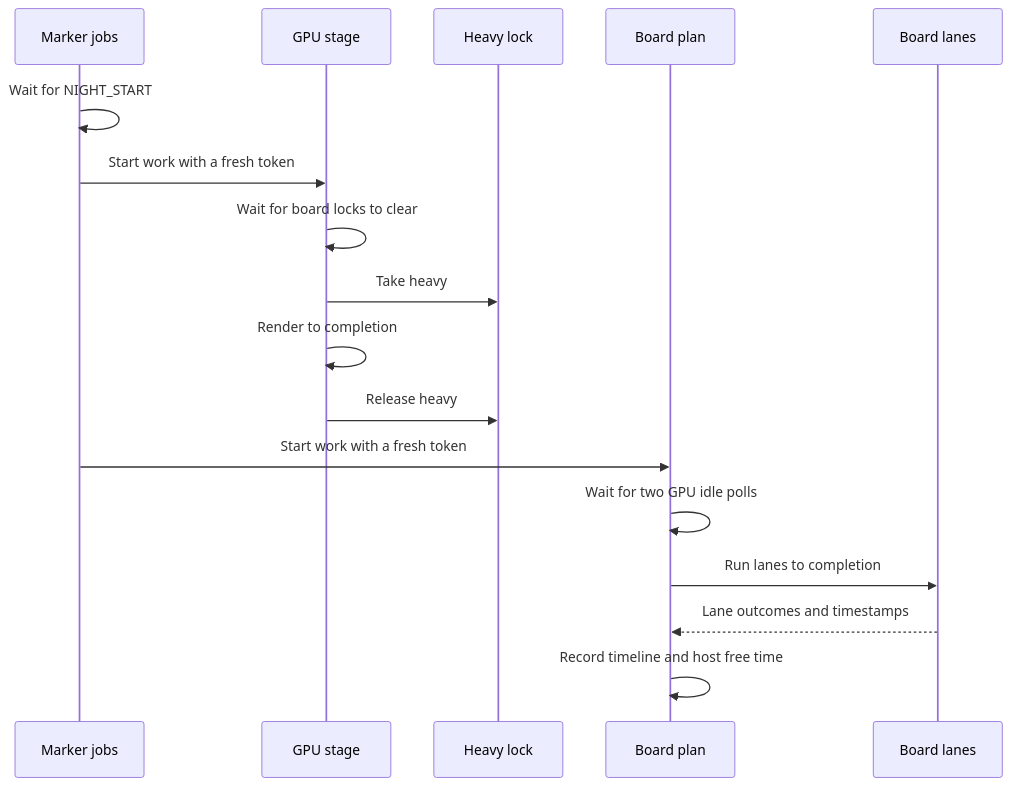
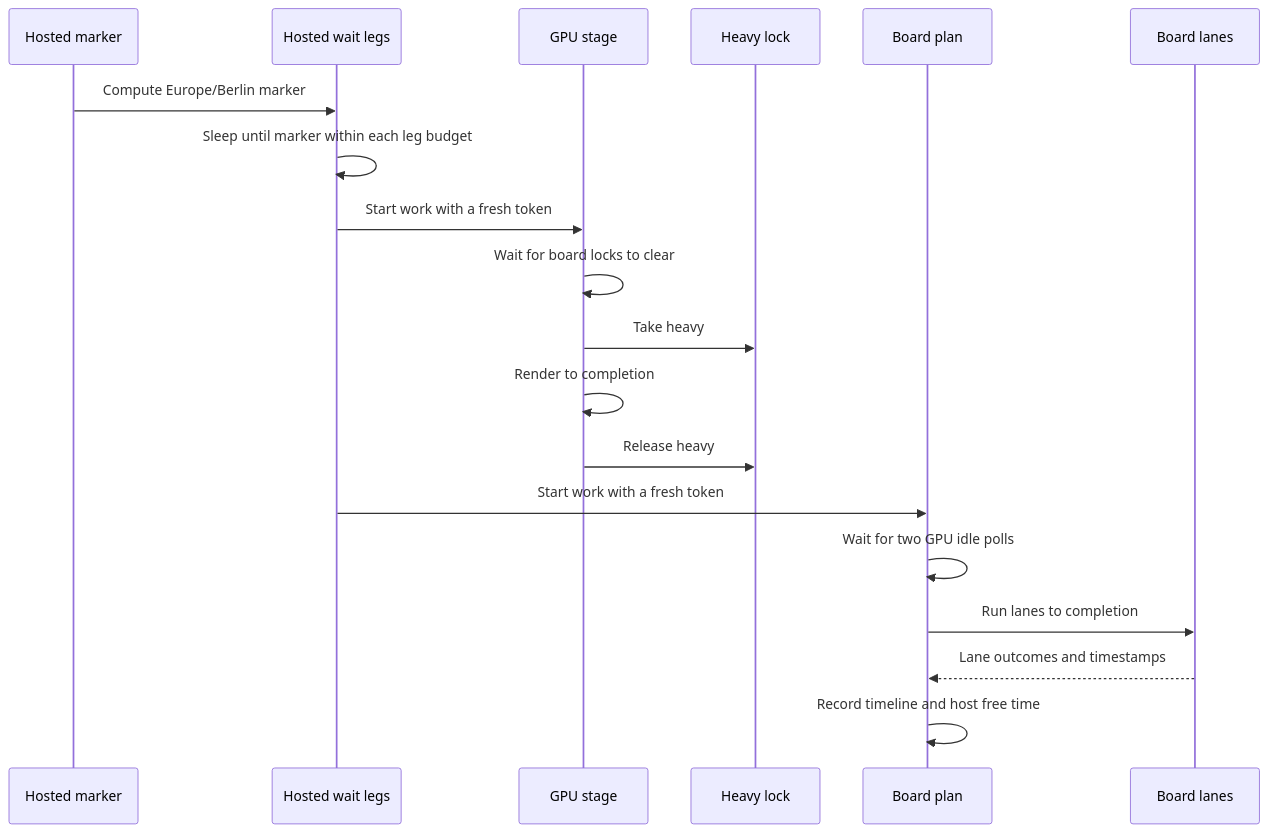
One commit to jose-villegas/autana changed the third of 3 diagrams in launcher/tools/perf/README.md. Above: the diagram before and after it, drawn with Mermaid. The commit also changed other lines of this file and 9 other files, not shown here.

Commit message:
ci: wait for the marker on hosted runners in one zone

````diff
--- a/launcher/tools/perf/README.md
+++ b/launcher/tools/perf/README.md
@@ -253,19 +253,21 @@
 ```mermaid
 sequenceDiagram
-    participant Marker as Marker jobs
+    participant Marker as Hosted marker
+    participant Wait as Hosted wait legs
     participant GPU as GPU stage
     participant Heavy as Heavy lock
     participant Plan as Board plan
     participant Lanes as Board lanes
-    Marker->>Marker: Wait for NIGHT_START
-    Marker->>GPU: Start work with a fresh token
+    Marker->>Wait: Compute Europe/Berlin marker
+    Wait->>Wait: Sleep until marker within each leg budget
+    Wait->>GPU: Start work with a fresh token
     GPU->>GPU: Wait for board locks to clear
     GPU->>Heavy: Take heavy
     GPU->>GPU: Render to completion
     GPU->>Heavy: Release heavy
-    Marker->>Plan: Start work with a fresh token
+    Wait->>Plan: Start work with a fresh token
     Plan->>Plan: Wait for two GPU idle polls
     Plan->>Lanes: Run lanes to completion
     Lanes-->>Plan: Lane outcomes and timestamps
     Plan->>Plan: Record timeline and host free time
 ```
````
